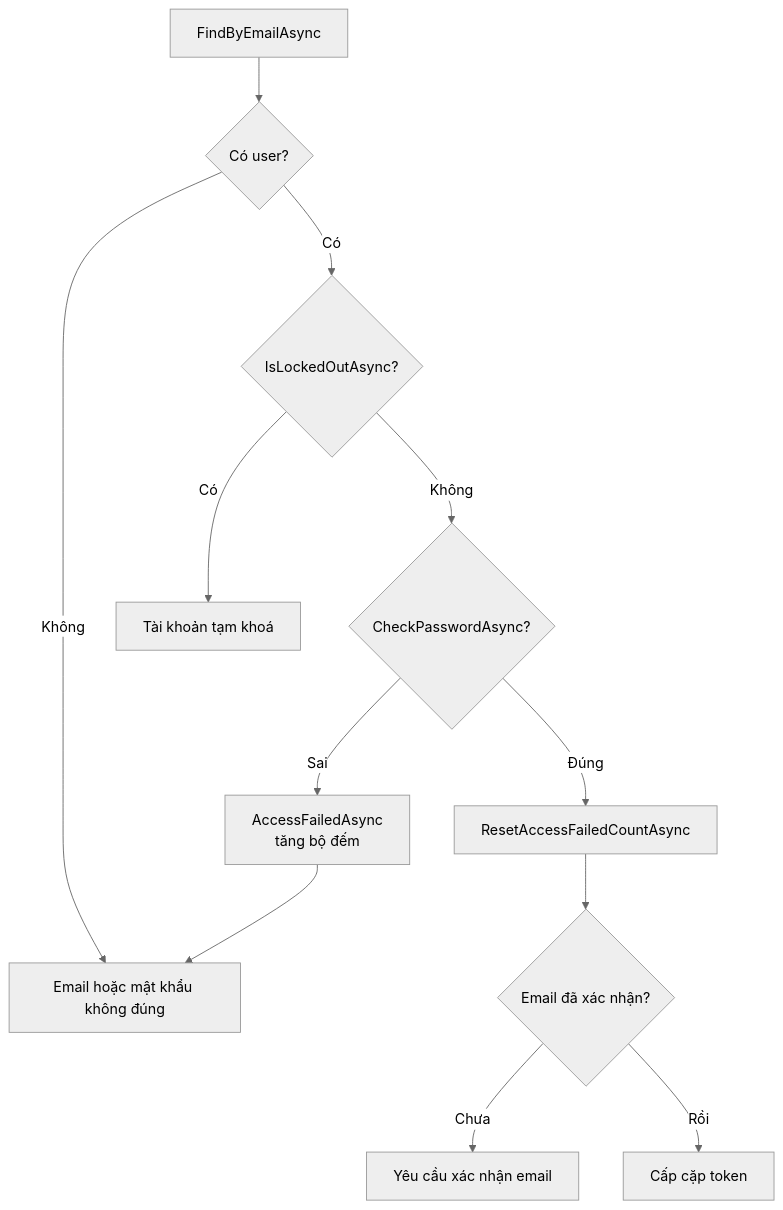
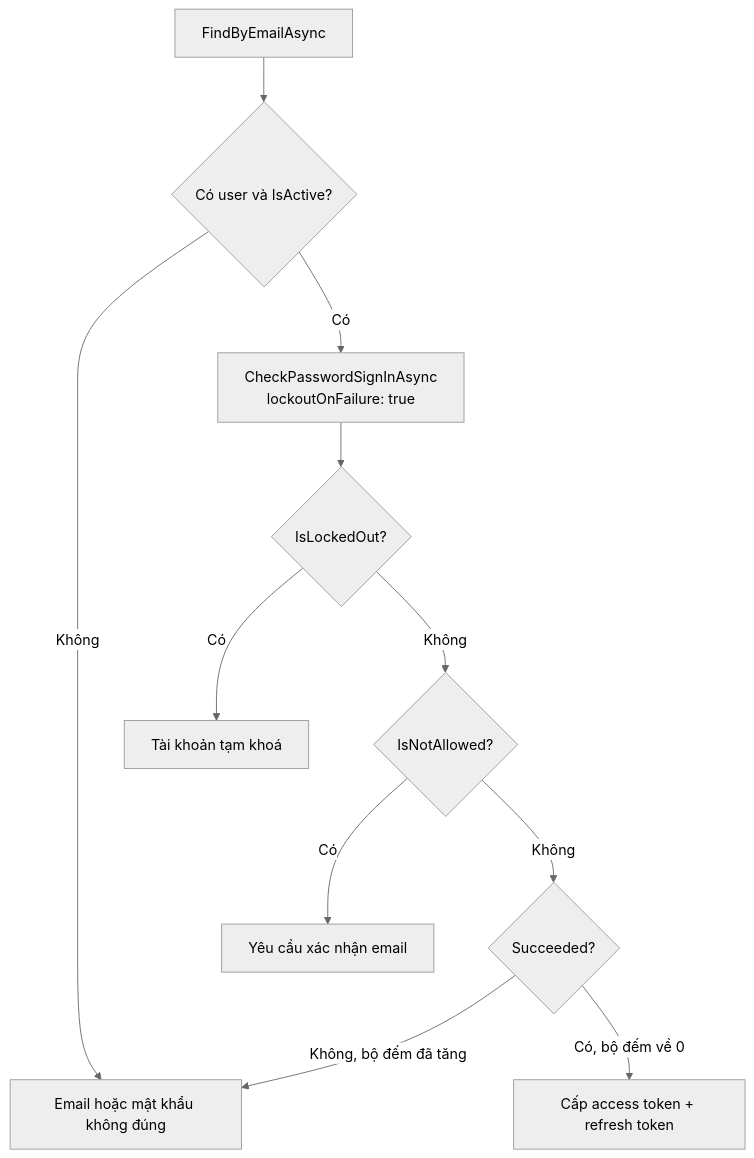
The first of 2 diagrams in lessons/stage-03-aspnet-core-backend/module-10-authentication-authorization/10.8-overview.md (TienNHM/dotnet-course), drawn with Mermaid (neutral theme) before and after one commit. The commit also changed other lines of this file and 30 other files, not shown here.

````diff
--- a/lessons/stage-03-aspnet-core-backend/module-10-authentication-authorization/10.8-overview.md
+++ b/lessons/stage-03-aspnet-core-backend/module-10-authentication-authorization/10.8-overview.md
@@ -116,14 +201,13 @@
 ```mermaid
 flowchart TB
-    F["FindByEmailAsync"] --> N{"Có user?"}
+    F["FindByEmailAsync"] --> N{"Có user và IsActive?"}
     N -->|"Không"| G["Email hoặc mật khẩu không đúng"]
-    N -->|"Có"| L{"IsLockedOutAsync?"}
+    N -->|"Có"| C["CheckPasswordSignInAsync<br/>lockoutOnFailure: true"]
+    C --> L{"IsLockedOut?"}
     L -->|"Có"| LK["Tài khoản tạm khoá"]
-    L -->|"Không"| P{"CheckPasswordAsync?"}
-    P -->|"Sai"| AF["AccessFailedAsync<br/>tăng bộ đếm"]
-    AF --> G
-    P -->|"Đúng"| RS["ResetAccessFailedCountAsync"]
-    RS --> EC{"Email đã xác nhận?"}
-    EC -->|"Chưa"| CE["Yêu cầu xác nhận email"]
-    EC -->|"Rồi"| T["Cấp cặp token"]
+    L -->|"Không"| NA{"IsNotAllowed?"}
+    NA -->|"Có"| CE["Yêu cầu xác nhận email"]
+    NA -->|"Không"| S{"Succeeded?"}
+    S -->|"Không, bộ đếm đã tăng"| G
+    S -->|"Có, bộ đếm về 0"| T["Cấp access token + refresh token"]
 ```
````
